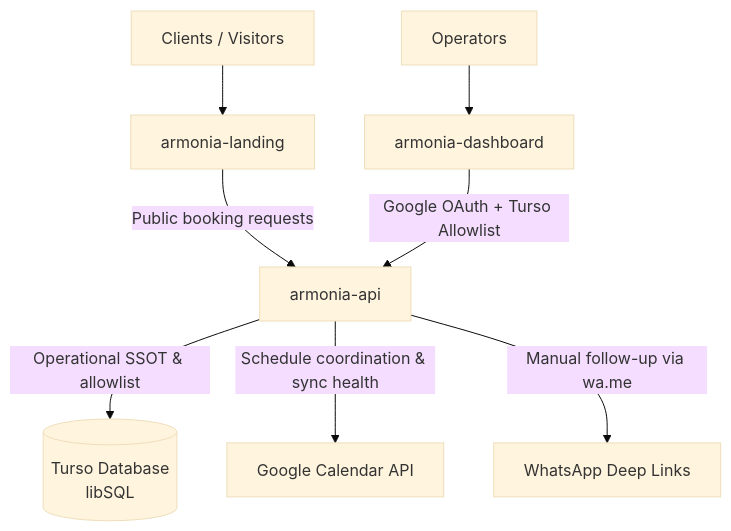
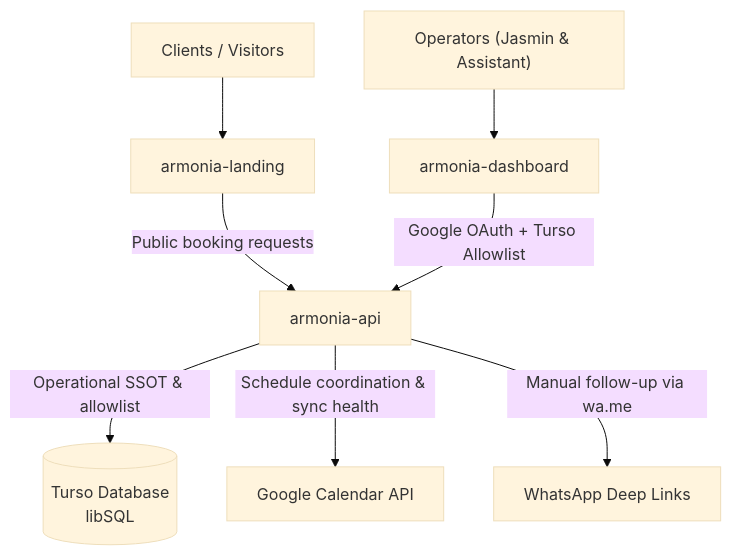
One commit to armonia-del-ser/.github changed the diagram in README.md. Above: the diagram before and after it, drawn with Mermaid (base theme). The commit also changed other lines of this file, not shown here.

Commit message:
docs(readme): feature operational discovery interviews as check-first SSOT

````diff
--- a/README.md
+++ b/README.md
@@ -17,12 +37,12 @@
 ```mermaid
 flowchart TD
-    CV[Clients / Visitors] --> AL[armonia-landing]
-    AL -->|Public booking requests| API[armonia-api]
+    CV["Clients / Visitors"] --> AL["armonia-landing"]
+    AL -->|"Public booking requests"| API["armonia-api"]
 
-    OP[Operators] --> DASH[armonia-dashboard]
-    DASH -->|Google OAuth + Turso Allowlist| API
+    OP["Operators (Jasmin & Assistant)"] --> DASH["armonia-dashboard"]
+    DASH -->|"Google OAuth + Turso Allowlist"| API
 
-    API -->|Operational SSOT & allowlist| DB[(Turso Database<br/>libSQL)]
-    API -->|Schedule coordination & sync health| GC[Google Calendar API]
-    API -->|Manual follow-up via wa.me| WA[WhatsApp Deep Links]
+    API -->|"Operational SSOT & allowlist"| DB[("Turso Database<br/>libSQL")]
+    API -->|"Schedule coordination & sync health"| GC["Google Calendar API"]
+    API -->|"Manual follow-up via wa.me"| WA["WhatsApp Deep Links"]
 ```
````
